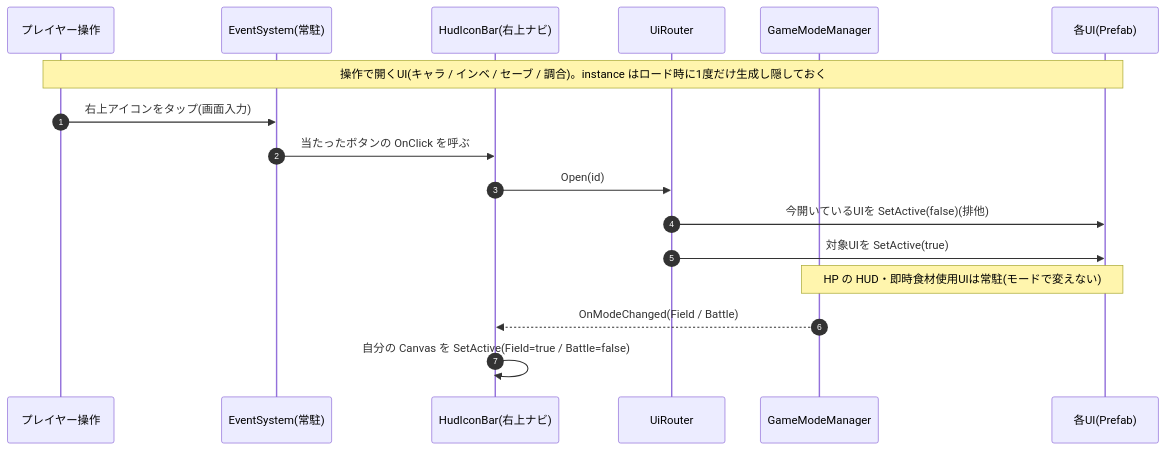
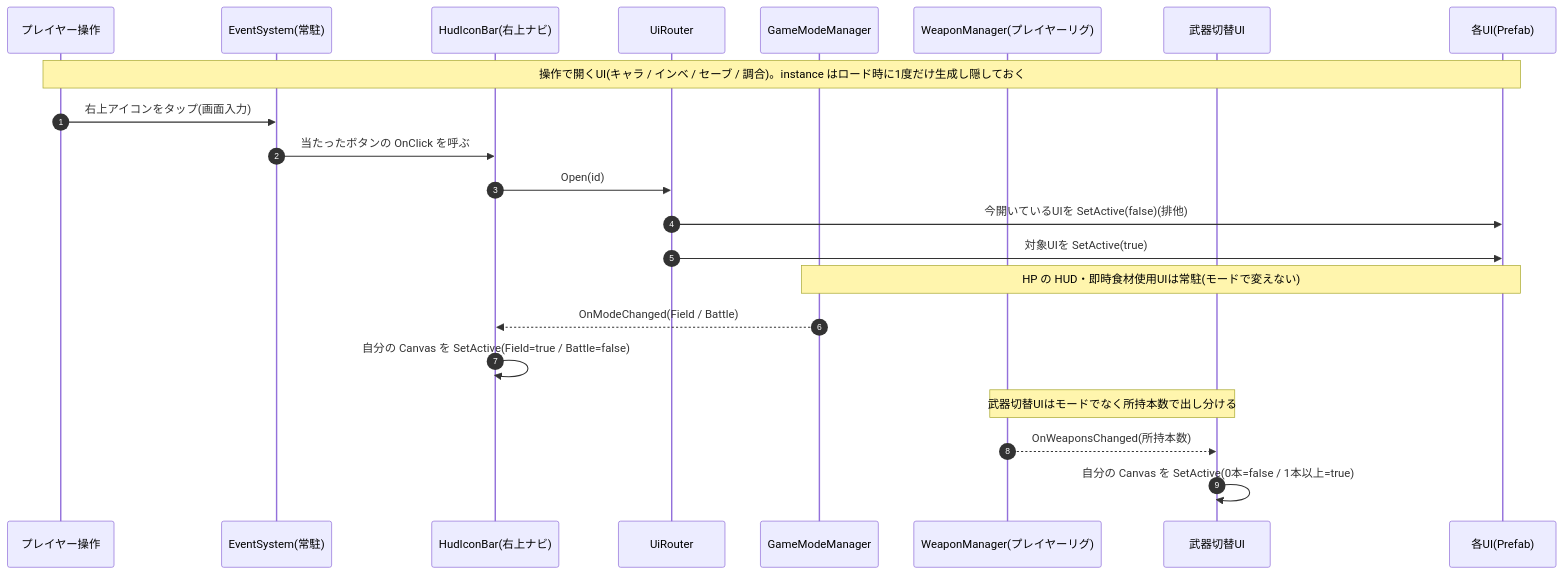
One commit to CreativeAI2026/documents changed the diagram in UIImplementation.md. Above: the diagram before and after it, drawn with Mermaid. The commit also changed other lines of this file, not shown here.

Commit message:
武器切替UIを所持本数で出し分ける挙動をフローと確認手順に追記

````diff
--- a/UIImplementation.md
+++ b/UIImplementation.md
@@ -28,21 +28,27 @@
 ```mermaid
 sequenceDiagram
     autonumber
     participant P as プレイヤー操作
     participant ES as EventSystem(常駐)
     participant IB as HudIconBar(右上ナビ)
     participant UR as UiRouter
     participant GMM as GameModeManager
+    participant WM as WeaponManager(プレイヤーリグ)
+    participant WSW as 武器切替UI
     participant UI as 各UI(Prefab)
 
     Note over P,UI: 操作で開くUI(キャラ / インベ / セーブ / 調合)。instance はロード時に1度だけ生成し隠しておく
     P->>ES: 右上アイコンをタップ(画面入力)
     ES->>IB: 当たったボタンの OnClick を呼ぶ
     IB->>UR: Open(id)
     UR->>UI: 今開いているUIを SetActive(false)(排他)
     UR->>UI: 対象UIを SetActive(true)
 
     Note over GMM,UI: HP の HUD・即時食材使用UIは常駐(モードで変えない)
     GMM-->>IB: OnModeChanged(Field / Battle)
     IB->>IB: 自分の Canvas を SetActive(Field=true / Battle=false)
+
+    Note over WM,WSW: 武器切替UIはモードでなく所持本数で出し分ける
+    WM-->>WSW: OnWeaponsChanged(所持本数)
+    WSW->>WSW: 自分の Canvas を SetActive(0本=false / 1本以上=true)
 ```
````
